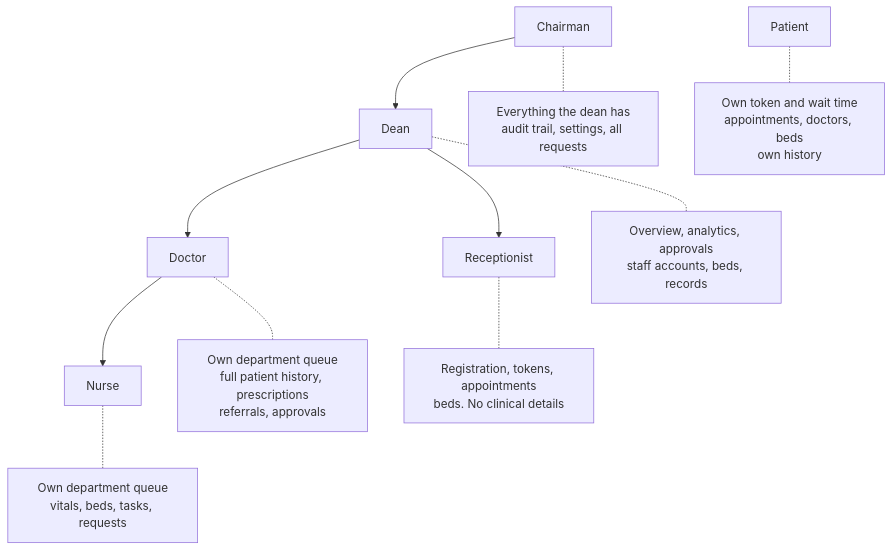
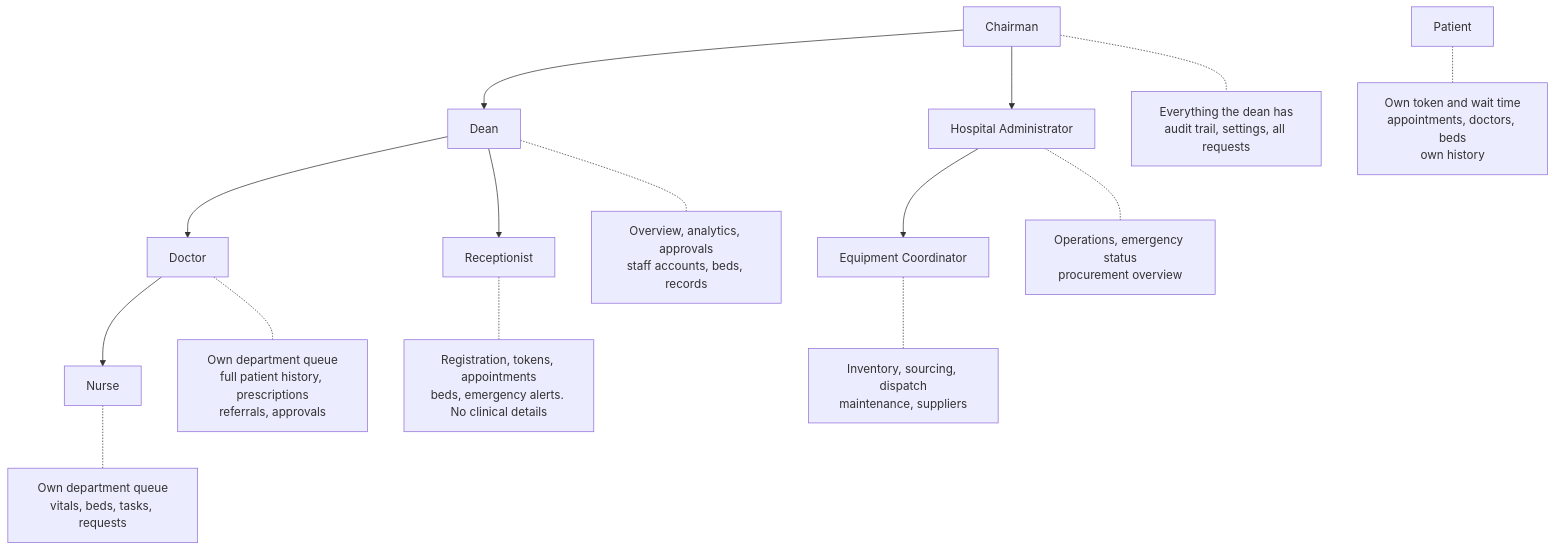
Before and after one commit to abishekss2007/CareSync: the second of 13 diagrams in README.md, drawn with Mermaid. The commit also changed other lines of this file and 1 other file, not shown here.

Commit message:
Document emergency, equipment and deployment; run both test suites in CI

````diff
--- a/README.md
+++ b/README.md
@@ -77,14 +92,18 @@
 ```mermaid
 flowchart TD
     CH["Chairman"] --> DE["Dean"]
+    CH --> AD["Hospital Administrator"]
     DE --> DO["Doctor"]
     DE --> RE["Receptionist"]
     DO --> NU["Nurse"]
+    AD --> CO["Equipment Coordinator"]
 
     CH -.- CHW["Everything the dean has<br/>audit trail, settings, all requests"]
     DE -.- DEW["Overview, analytics, approvals<br/>staff accounts, beds, records"]
     DO -.- DOW["Own department queue<br/>full patient history, prescriptions<br/>referrals, approvals"]
     NU -.- NUW["Own department queue<br/>vitals, beds, tasks, requests"]
-    RE -.- REW["Registration, tokens, appointments<br/>beds. No clinical details"]
+    RE -.- REW["Registration, tokens, appointments<br/>beds, emergency alerts. No clinical details"]
+    AD -.- ADW["Operations, emergency status<br/>procurement overview"]
+    CO -.- COW["Inventory, sourcing, dispatch<br/>maintenance, suppliers"]
     PA["Patient"] -.- PAW["Own token and wait time<br/>appointments, doctors, beds<br/>own history"]
 ```
````
